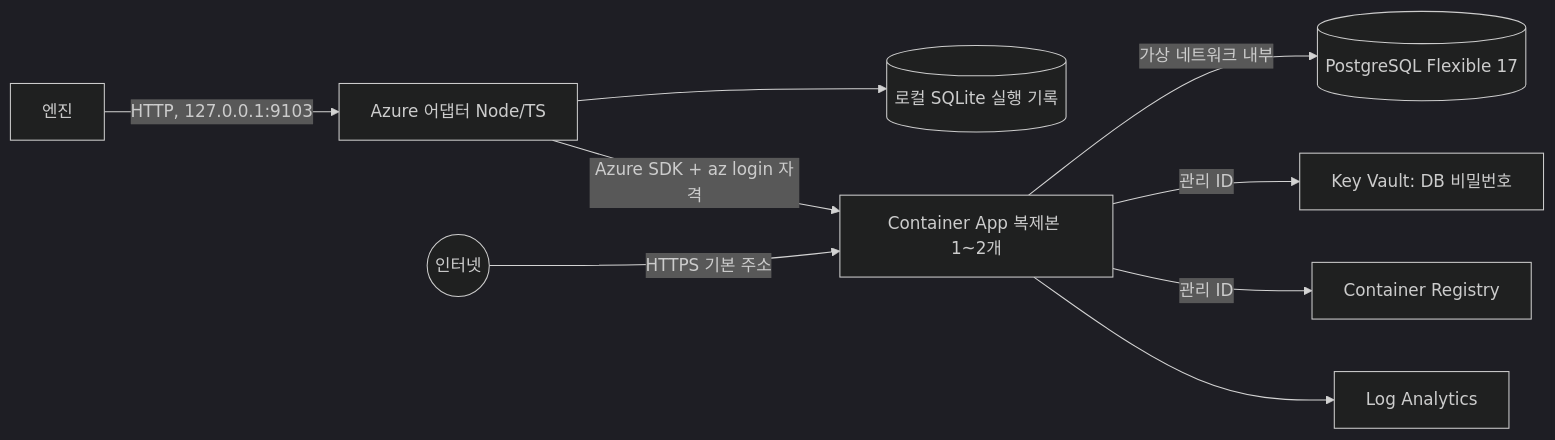
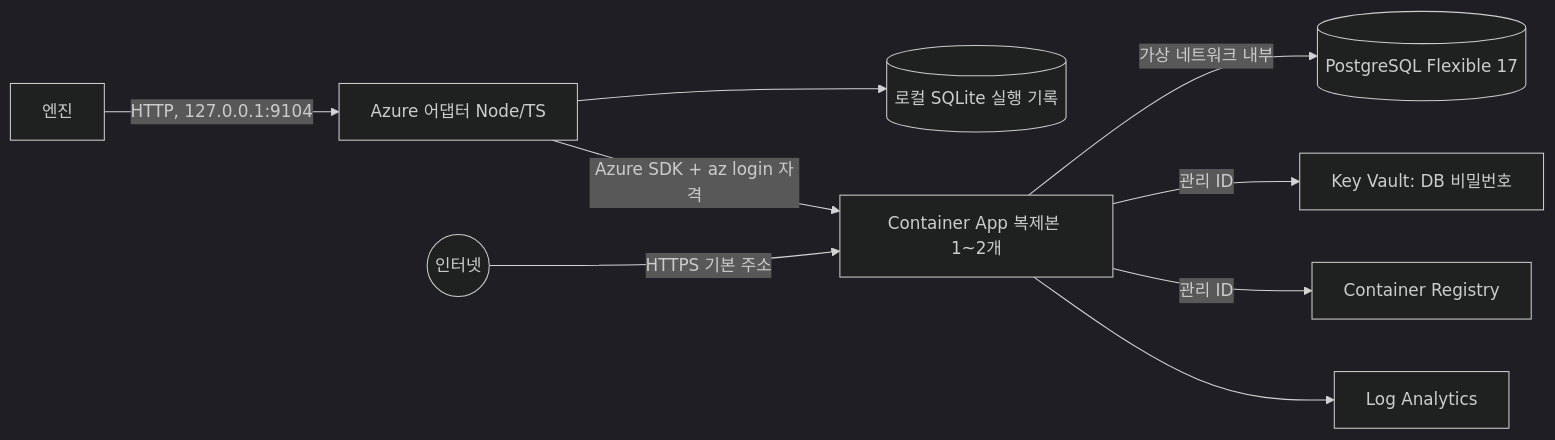
One commit to SoftBankHackathon/shakedown changed the diagram in infra/azure/README.md. Above: the diagram before and after it, drawn with Mermaid (dark theme). The commit also changed other lines of this file and 5 other files, not shown here.

Commit message:
refactor: Azure 어댑터 포트를 9104로 변경

````diff
--- a/infra/azure/README.md
+++ b/infra/azure/README.md
@@ -14,11 +14,11 @@
 ```mermaid
 flowchart LR
-  Engine[엔진] -->|HTTP, 127.0.0.1:9103| Adapter[Azure 어댑터 Node/TS]
+  Engine[엔진] -->|HTTP, 127.0.0.1:9104| Adapter[Azure 어댑터 Node/TS]
   Adapter --> State[(로컬 SQLite 실행 기록)]
   Adapter -->|Azure SDK + az login 자격| ACA[Container App 복제본 1~2개]
   Internet((인터넷)) -->|HTTPS 기본 주소| ACA
   ACA -->|가상 네트워크 내부| DB[(PostgreSQL Flexible 17)]
   ACA -->|관리 ID| KV[Key Vault: DB 비밀번호]
   ACA -->|관리 ID| ACR[Container Registry]
   ACA --> Logs[Log Analytics]
 ```
````
